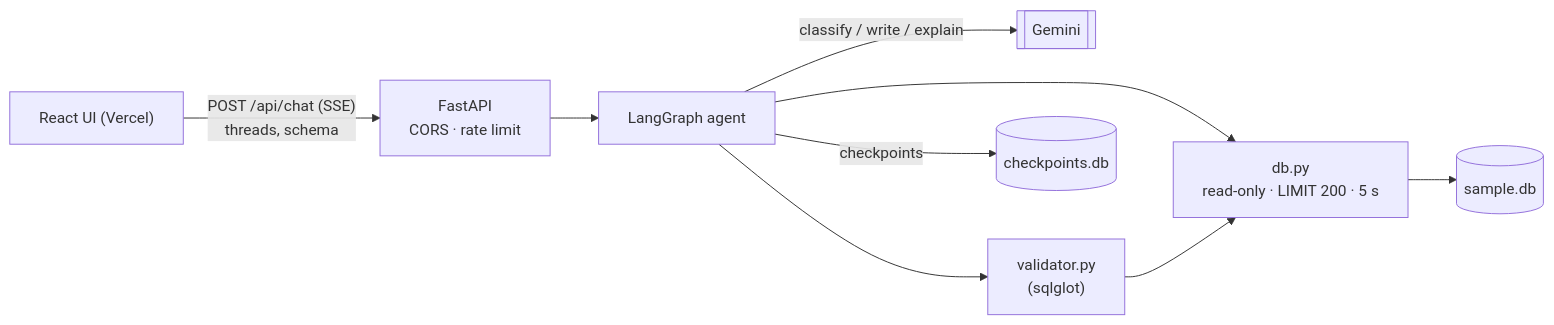
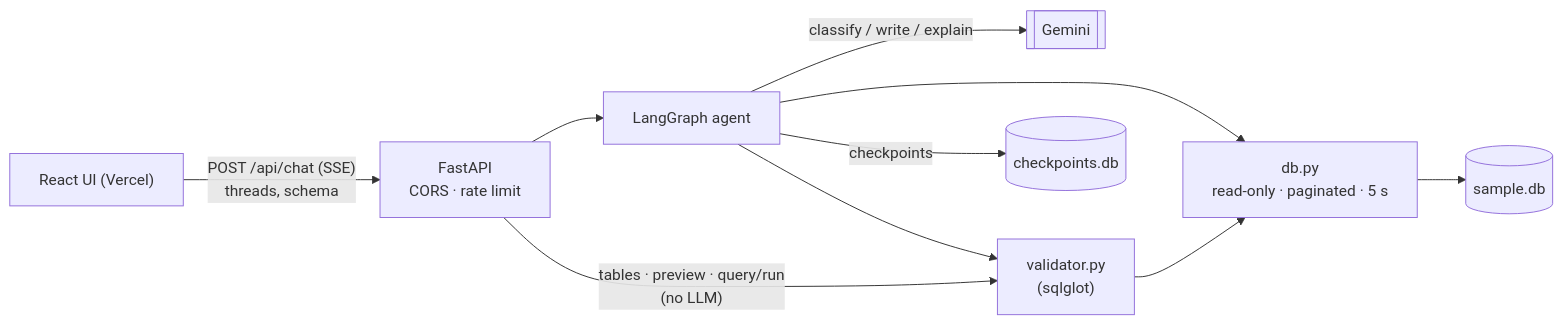
Before and after one commit to arpitgoyal20/sql-agent-backend-: the first of 2 diagrams in README.md, drawn with Mermaid. The commit also changed other lines of this file and 18 other files, not shown here.

````diff
--- a/README.md
+++ b/README.md
@@ -33,11 +39,12 @@
 ```mermaid
 flowchart LR
     UI["React UI (Vercel)"] -- "POST /api/chat (SSE)<br/>threads, schema" --> API["FastAPI<br/>CORS · rate limit"]
     API --> G["LangGraph agent"]
     G -- "classify / write / explain" --> LLM[["Gemini"]]
     G --> V["validator.py<br/>(sqlglot)"]
-    G --> DB["db.py<br/>read-only · LIMIT 200 · 5 s"]
+    G --> DB["db.py<br/>read-only · paginated · 5 s"]
+    API -- "tables · preview · query/run<br/>(no LLM)" --> V
     V --> DB
     DB --> S[("sample.db")]
     G -- checkpoints --> C[("checkpoints.db")]
 ```
````
